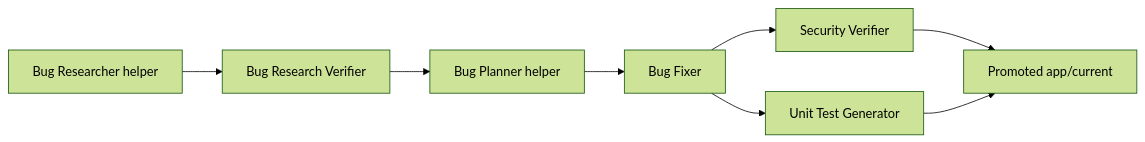
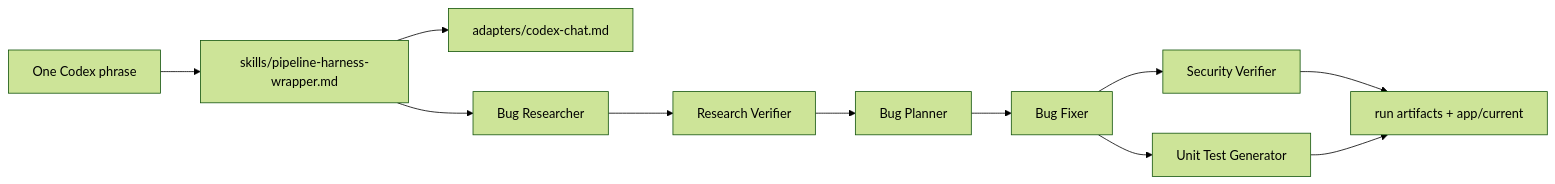
One commit to itxyzzz/gen-ai-se-hw changed the diagram in homework-4/README.md. Above: the diagram before and after it, drawn with Mermaid (forest theme). The commit also changed other lines of this file and 129 other files, not shown here.

Commit message:
Refactor HW4 pipeline to text harness

````diff
--- a/homework-4/README.md
+++ b/homework-4/README.md
@@ -9,10 +20,13 @@
 ```mermaid
 flowchart LR
-  R["Bug Researcher helper"] --> V["Bug Research Verifier"]
-  V --> P["Bug Planner helper"]
-  P --> F["Bug Fixer"]
+  P["One Codex phrase"] --> H["skills/pipeline-harness-wrapper.md"]
+  H --> A["adapters/codex-chat.md"]
+  H --> R["Bug Researcher"]
+  R --> V["Research Verifier"]
+  V --> PL["Bug Planner"]
+  PL --> F["Bug Fixer"]
   F --> S["Security Verifier"]
   F --> T["Unit Test Generator"]
-  S --> C["Promoted app/current"]
-  T --> C
+  S --> O["run artifacts + app/current"]
+  T --> O
 ```
````
